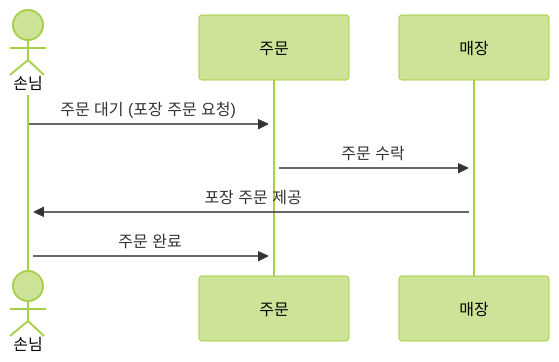
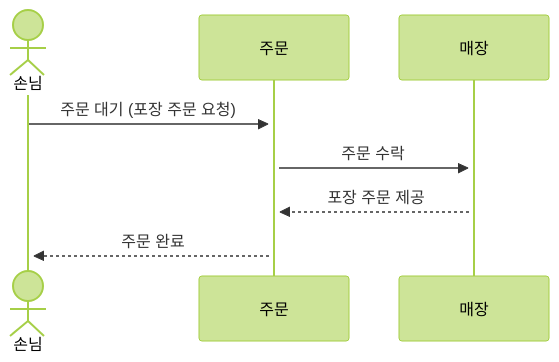
Before and after one commit to next-step/ddd-strategic-design: the fifth of 6 diagrams in README.md, drawn with Mermaid (forest theme). The commit also changed other lines of this file, not shown here.

Commit message:
docs: 주문 다이어그램 변경

````diff
--- a/README.md
+++ b/README.md
@@ -362,12 +362,12 @@
 ```mermaid
 %% Sequence Diagram: 포장 주문 프로세스
 sequenceDiagram
     actor 손님
     participant 주문
     participant 매장
 
     손님->>+주문: 주문 대기 (포장 주문 요청)
     주문->>+매장: 주문 수락
-    매장->>+손님: 포장 주문 제공
-    손님->>+주문: 주문 완료
+    매장-->>+주문: 포장 주문 제공
+    주문-->>+손님: 주문 완료
 ```
````
